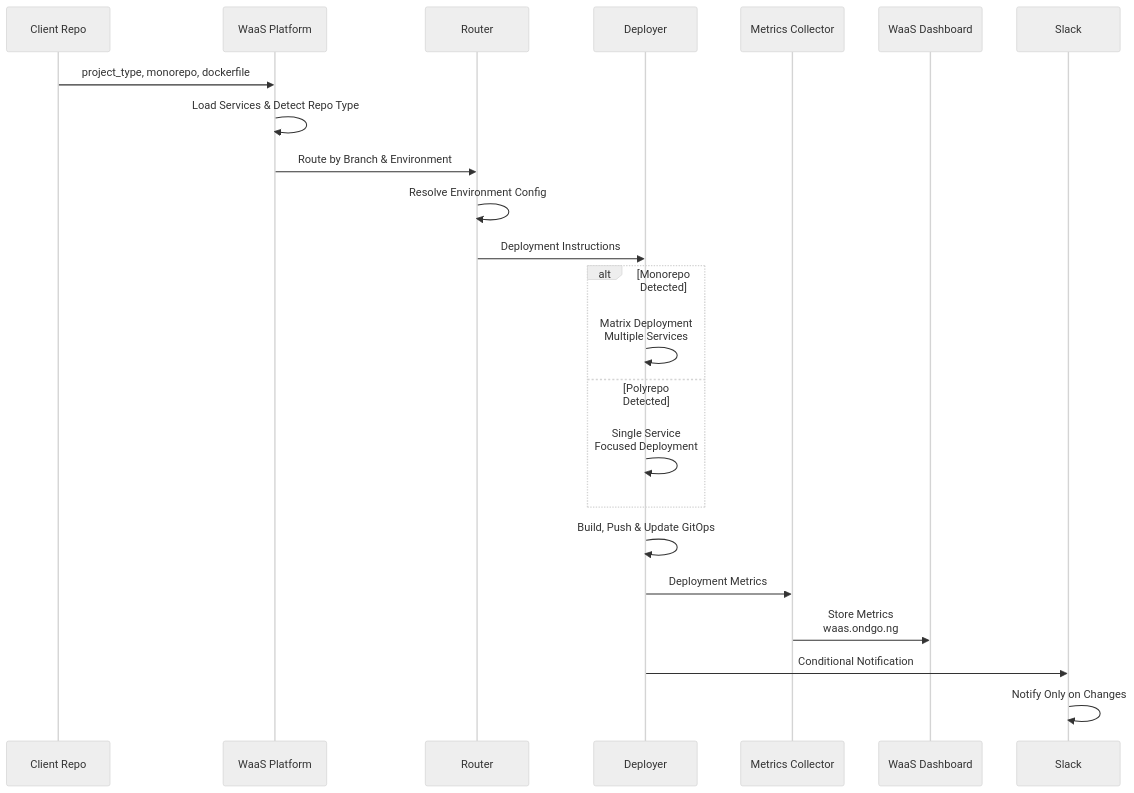
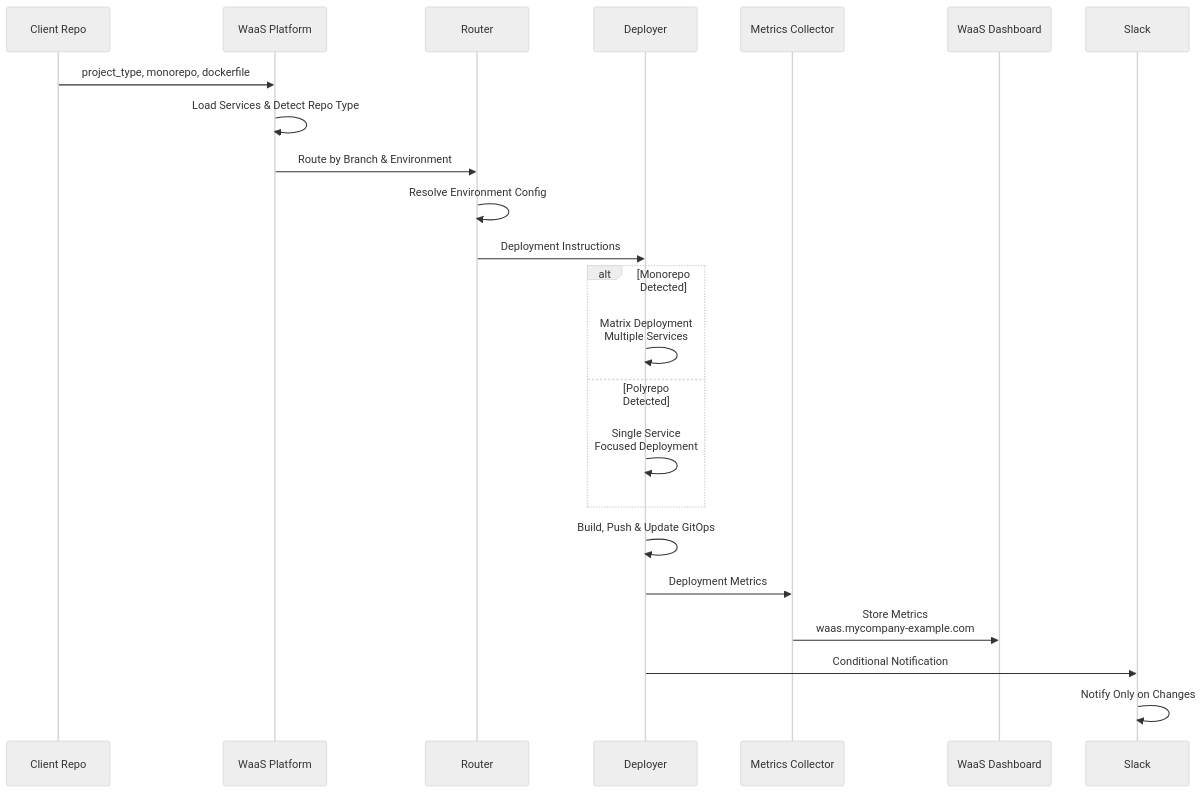
Before and after one commit to SeamlessOps/waas: the second of 2 diagrams in .github/workflows/docs/WAAS.md, drawn with Mermaid (neutral theme). The commit also changed other lines of this file and 1 other file, not shown here.

````diff
--- a/.github/workflows/docs/WAAS.md
+++ b/.github/workflows/docs/WAAS.md
@@ -68,28 +68,28 @@
 ```mermaid
 sequenceDiagram
     participant C as Client Repo
     participant W as WaaS Platform
     participant R as Router
     participant D as Deployer
     participant M as Metrics Collector
     participant DB as WaaS Dashboard
     participant S as Slack
     
     C->>W: project_type, monorepo, dockerfile
     W->>W: Load Services & Detect Repo Type
     W->>R: Route by Branch & Environment
     R->>R: Resolve Environment Config
     R->>D: Deployment Instructions
     
     alt Monorepo Detected
         D->>D: Matrix Deployment<br/>Multiple Services
     else Polyrepo Detected
         D->>D: Single Service<br/>Focused Deployment
     end
     
     D->>D: Build, Push & Update GitOps
     D->>M: Deployment Metrics
-    M->>DB: Store Metrics<br/>waas.ondgo.ng
+    M->>DB: Store Metrics<br/>waas.mycompany-example.com
     D->>S: Conditional Notification
     S->>S: Notify Only on Changes
 ```
````
